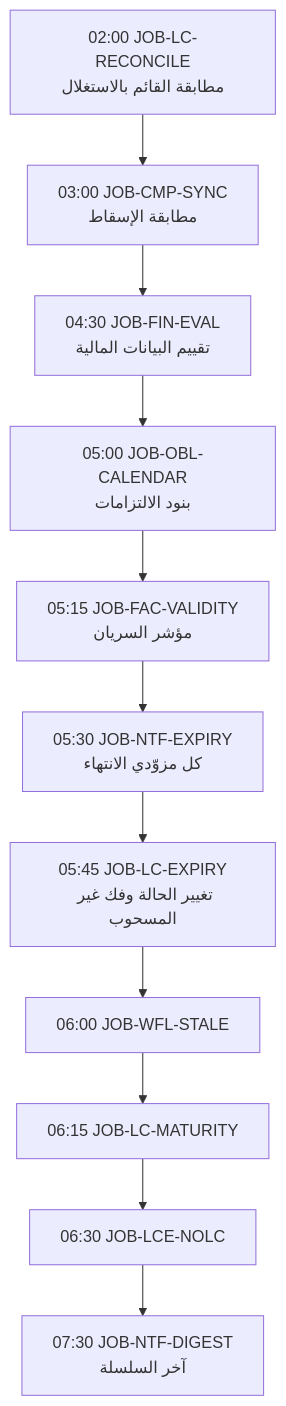
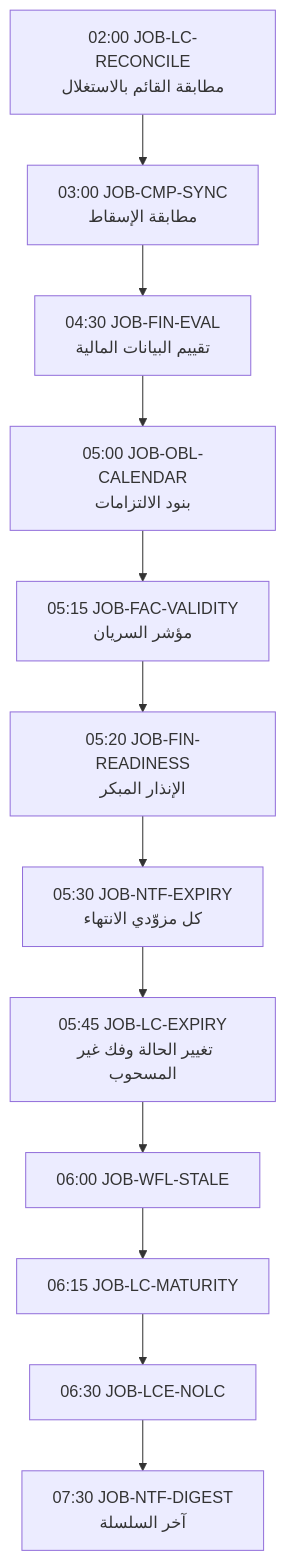
Before and after one commit to thawrasy/smartlines: the third of 6 diagrams in treasury-platform/docs/30-readiness/DOC-F17-async-events-outbox-jobs-notifications.md, drawn with Mermaid. The commit also changed other lines of this file and 183 other files, not shown here.

````diff
--- a/treasury-platform/docs/30-readiness/DOC-F17-async-events-outbox-jobs-notifications.md
+++ b/treasury-platform/docs/30-readiness/DOC-F17-async-events-outbox-jobs-notifications.md
@@ -196,15 +197,16 @@
 ```mermaid
 flowchart TB
   A["02:00 JOB-LC-RECONCILE<br/>مطابقة القائم بالاستغلال"]
   B["03:00 JOB-CMP-SYNC<br/>مطابقة الإسقاط"]
   C["04:30 JOB-FIN-EVAL<br/>تقييم البيانات المالية"]
   D["05:00 JOB-OBL-CALENDAR<br/>بنود الالتزامات"]
   E["05:15 JOB-FAC-VALIDITY<br/>مؤشر السريان"]
+  E2["05:20 JOB-FIN-READINESS<br/>الإنذار المبكر"]
   F["05:30 JOB-NTF-EXPIRY<br/>كل مزوّدي الانتهاء"]
   G["05:45 JOB-LC-EXPIRY<br/>تغيير الحالة وفك غير المسحوب"]
   H["06:00 JOB-WFL-STALE"]
   I["06:15 JOB-LC-MATURITY"]
   J["06:30 JOB-LCE-NOLC"]
   K["07:30 JOB-NTF-DIGEST<br/>آخر السلسلة"]
-  A --> B --> C --> D --> E --> F --> G --> H --> I --> J --> K
+  A --> B --> C --> D --> E --> E2 --> F --> G --> H --> I --> J --> K
 ```
````
